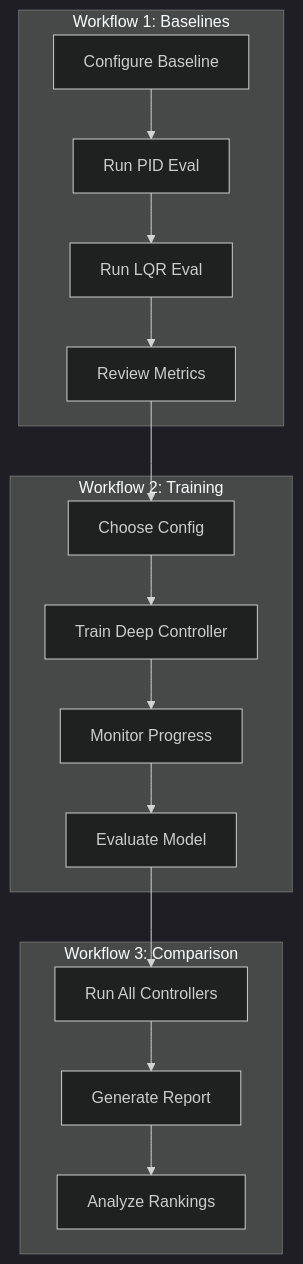
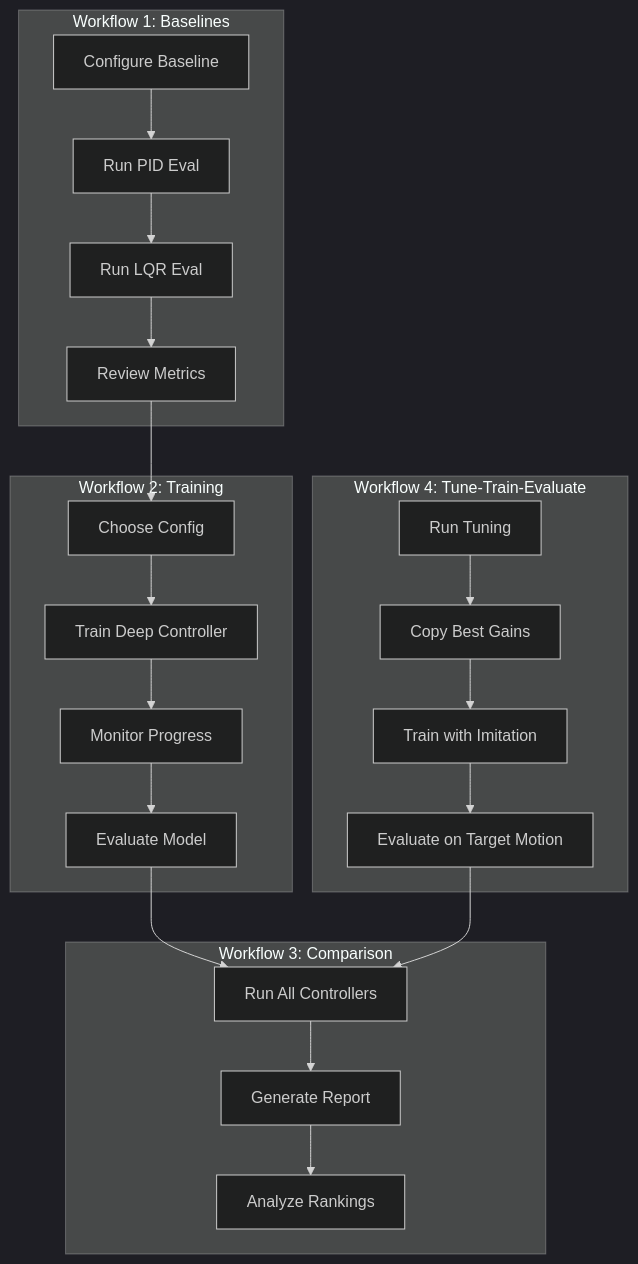
Before and after one commit to AgentFoundryExamples/lqr-quadcopter-test: the diagram in README.md, drawn with Mermaid (dark theme). The commit also changed other lines of this file and 10 other files, not shown here.

````diff
--- a/README.md
+++ b/README.md
@@ -669,22 +723,29 @@
 ```mermaid
 flowchart TD
     subgraph "Workflow 1: Baselines"
         A1[Configure Baseline] --> B1[Run PID Eval]
         B1 --> C1[Run LQR Eval]
         C1 --> D1[Review Metrics]
     end
     
     subgraph "Workflow 2: Training"
         A2[Choose Config] --> B2[Train Deep Controller]
         B2 --> C2[Monitor Progress]
         C2 --> D2[Evaluate Model]
     end
     
     subgraph "Workflow 3: Comparison"
         A3[Run All Controllers] --> B3[Generate Report]
         B3 --> C3[Analyze Rankings]
     end
     
+    subgraph "Workflow 4: Tune-Train-Evaluate"
+        T1[Run Tuning] --> T2[Copy Best Gains]
+        T2 --> T3[Train with Imitation]
+        T3 --> T4[Evaluate on Target Motion]
+    end
+    
     D1 --> A2
     D2 --> A3
+    T4 --> A3
 ```
````
